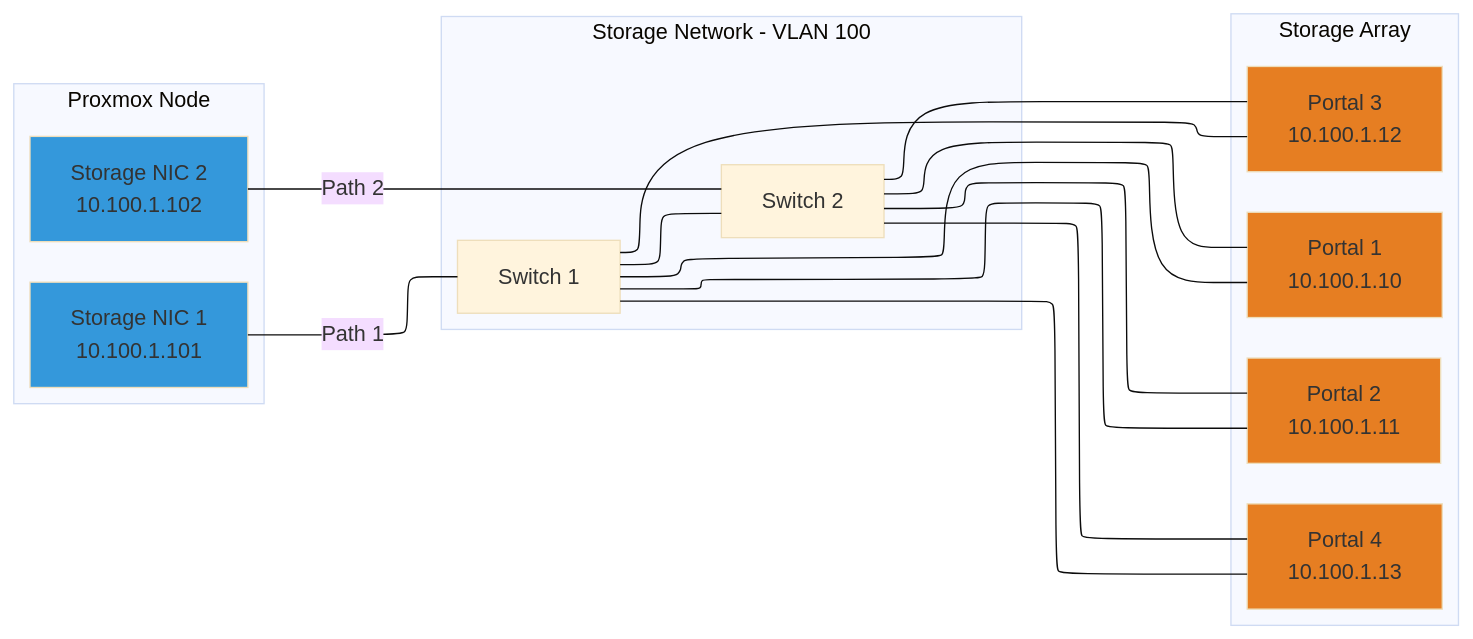
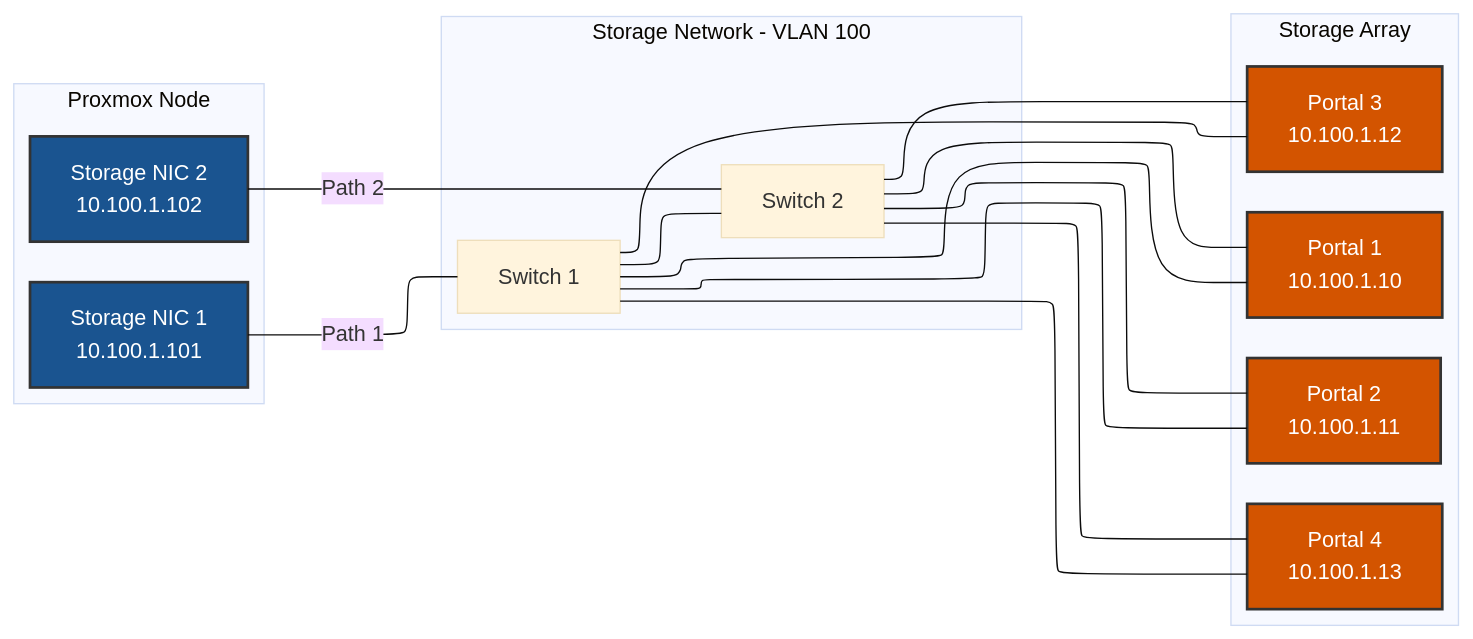
Before and after one commit to khensler/Quickstart-Guides: the second of 8 diagrams in Proxmox/nvme-tcp/BEST-PRACTICES.md, drawn with Mermaid (base theme). The commit also changed other lines of this file and 106 other files, not shown here.

````diff
--- a/Proxmox/nvme-tcp/BEST-PRACTICES.md
+++ b/Proxmox/nvme-tcp/BEST-PRACTICES.md
@@ -118,38 +137,38 @@
 ```mermaid
 flowchart-elk LR
     subgraph "Proxmox Node"
         NIC1[Storage NIC 1<br/>10.100.1.101]
         NIC2[Storage NIC 2<br/>10.100.1.102]
     end
 
     subgraph "Storage Network - VLAN 100"
         SW1[Switch 1]
         SW2[Switch 2]
     end
 
     subgraph "Storage Array"
         P1[Portal 1<br/>10.100.1.10]
         P2[Portal 2<br/>10.100.1.11]
         P3[Portal 3<br/>10.100.1.12]
         P4[Portal 4<br/>10.100.1.13]
     end
 
     NIC1 ---|Path 1| SW1
     NIC2 ---|Path 2| SW2
     SW1 --- SW2
     SW1 --- P1
     SW1 --- P2
     SW1 --- P3
     SW1 --- P4
     SW2 --- P1
     SW2 --- P2
     SW2 --- P3
     SW2 --- P4
 
-    style NIC1 fill:#3498db
-    style NIC2 fill:#3498db
-    style P1 fill:#e67e22
-    style P2 fill:#e67e22
-    style P3 fill:#e67e22
-    style P4 fill:#e67e22
+    style NIC1 fill:#1a5490,stroke:#333,stroke-width:2px,color:#fff
+    style NIC2 fill:#1a5490,stroke:#333,stroke-width:2px,color:#fff
+    style P1 fill:#d35400,stroke:#333,stroke-width:2px,color:#fff
+    style P2 fill:#d35400,stroke:#333,stroke-width:2px,color:#fff
+    style P3 fill:#d35400,stroke:#333,stroke-width:2px,color:#fff
+    style P4 fill:#d35400,stroke:#333,stroke-width:2px,color:#fff
 ```
````
